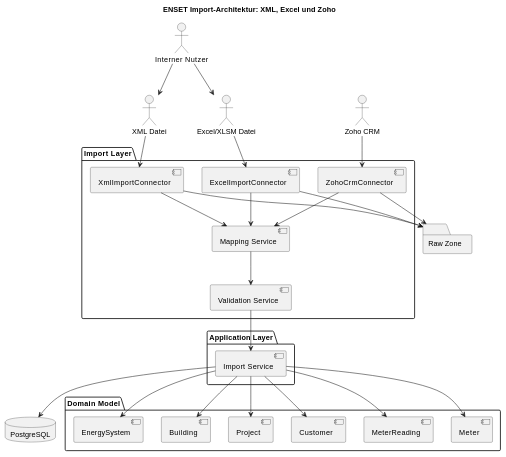
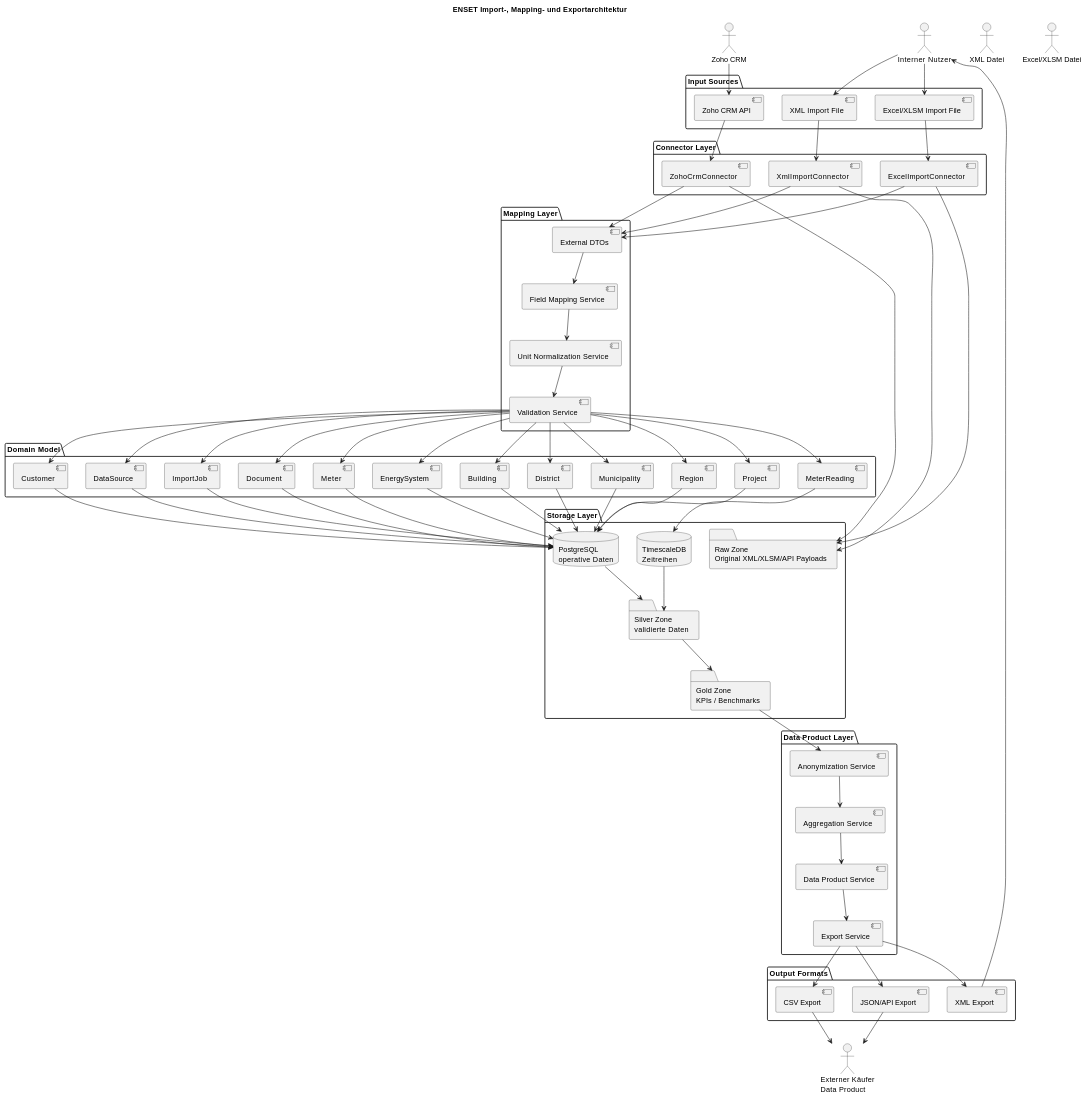
The diagram in docs/04_Import.md (SimonSteinschaden/Data-Lake-House), drawn with PlantUML before and after one commit. The commit also changed 43 other files, not shown here.

First line of the commit message:
Update project paths and user directories in Enset.Infrastructure project files

````diff
--- a/docs/04_Import.md
+++ b/docs/04_Import.md
@@ -3,59 +1,130 @@
 ```plantuml
 @startuml
-title ENSET Import-Architektur: XML, Excel und Zoho
+title ENSET Import-, Mapping- und Exportarchitektur
 
 actor "Interner Nutzer" as User
-actor "Zoho CRM" as ZohoCRM
-actor "XML Datei" as XML
-actor "Excel/XLSM Datei" as Excel
+actor "Zoho CRM" as Zoho
+actor "XML Datei" as XmlFile
+actor "Excel/XLSM Datei" as ExcelFile
+actor "Externer Käufer\nData Product" as Buyer
 
-package "Import Layer" {
-  [XmlImportConnector] as XmlImport
-  [ExcelImportConnector] as ExcelImport
-  [ZohoCrmConnector] as ZohoConnector
-  [Mapping Service] as Mapping
-  [Validation Service] as Validation
+package "Input Sources" {
+  [XML Import File] as XML
+  [Excel/XLSM Import File] as Excel
+  [Zoho CRM API] as ZohoApi
 }
 
-package "Application Layer" {
-  [Import Service] as ImportService
+package "Connector Layer" {
+  [XmlImportConnector] as XmlConnector
+  [ExcelImportConnector] as ExcelConnector
+  [ZohoCrmConnector] as ZohoConnector
+}
+
+package "Mapping Layer" {
+  [External DTOs] as DTOs
+  [Field Mapping Service] as Mapping
+  [Unit Normalization Service] as UnitNorm
+  [Validation Service] as Validation
 }
 
 package "Domain Model" {
   [Customer]
   [Project]
+  [Region]
+  [Municipality]
+  [District]
   [Building]
   [EnergySystem]
   [Meter]
   [MeterReading]
+  [Document]
+  [ImportJob]
+  [DataSource]
 }
 
-database "PostgreSQL" as DB
-folder "Raw Zone" as Raw
+package "Storage Layer" {
+  database "PostgreSQL\noperative Daten" as PostgreSQL
+  database "TimescaleDB\nZeitreihen" as Timescale
+  folder "Raw Zone\nOriginal XML/XLSM/API Payloads" as Raw
+  folder "Silver Zone\nvalidierte Daten" as Silver
+  folder "Gold Zone\nKPIs / Benchmarks" as Gold
+}
 
+package "Data Product Layer" {
+  [Anonymization Service] as Anon
+  [Aggregation Service] as Agg
+  [Data Product Service] as DataProduct
+  [Export Service] as Export
+}
+
+package "Output Formats" {
+  [XML Export] as XmlExport
+  [CSV Export] as CsvExport
+  [JSON/API Export] as JsonExport
+}
+
+User --> XML
 User --> Excel
-User --> XML
-ZohoCRM --> ZohoConnector
-Excel --> ExcelImport
-XML --> XmlImport
+Zoho --> ZohoApi
 
-ExcelImport --> Raw
-XmlImport --> Raw
+XML --> XmlConnector
+Excel --> ExcelConnector
+ZohoApi --> ZohoConnector
+
+XmlConnector --> Raw
+ExcelConnector --> Raw
 ZohoConnector --> Raw
 
-ExcelImport --> Mapping
-XmlImport --> Mapping
-ZohoConnector --> Mapping
+XmlConnector --> DTOs
+ExcelConnector --> DTOs
+ZohoConnector --> DTOs
 
-Mapping --> Validation
-Validation --> ImportService
-ImportService --> DB
-ImportService --> Customer
-ImportService --> Project
-ImportService --> Building
-ImportService --> EnergySystem
-ImportService --> Meter
-ImportService --> MeterReading
+DTOs --> Mapping
+Mapping --> UnitNorm
+UnitNorm --> Validation
+
+Validation --> Customer
+Validation --> Project
+Validation --> Region
+Validation --> Municipality
+Validation --> District
+Validation --> Building
+Validation --> EnergySystem
+Validation --> Meter
+Validation --> MeterReading
+Validation --> Document
+Validation --> ImportJob
+Validation --> DataSource
+
+Customer --> PostgreSQL
+Project --> PostgreSQL
+Region --> PostgreSQL
+Municipality --> PostgreSQL
+District --> PostgreSQL
+Building --> PostgreSQL
+EnergySystem --> PostgreSQL
+Meter --> PostgreSQL
+MeterReading --> Timescale
+Document --> PostgreSQL
+ImportJob --> PostgreSQL
+DataSource --> PostgreSQL
+
+PostgreSQL --> Silver
+Timescale --> Silver
+Silver --> Gold
+
+Gold --> Anon
+Anon --> Agg
+Agg --> DataProduct
+DataProduct --> Export
+
+Export --> XmlExport
+Export --> CsvExport
+Export --> JsonExport
+
+XmlExport --> User
+CsvExport --> Buyer
+JsonExport --> Buyer
 
 @enduml
 ```
````
